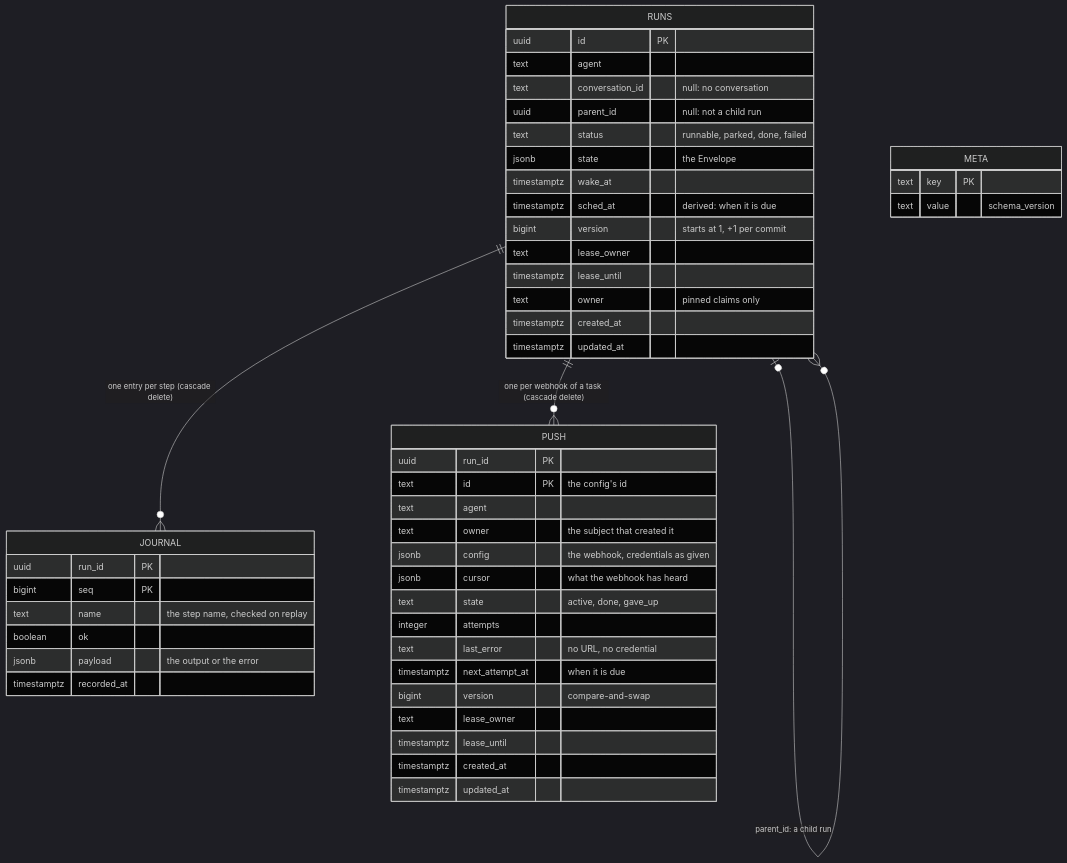
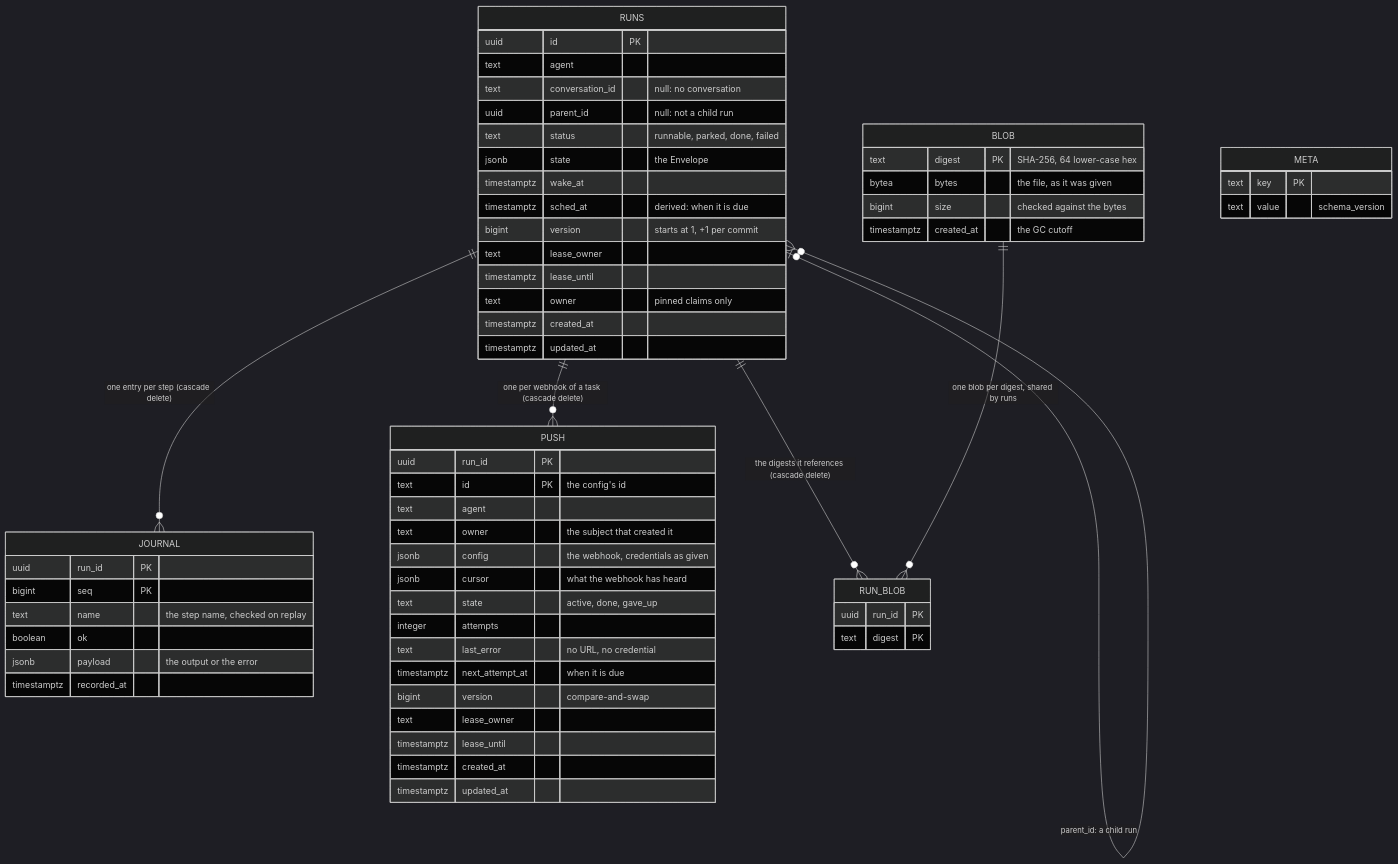
Before and after one commit to vymalo/another-adam-rs: diagram 16 of 26 in docs/architecture.md, drawn with Mermaid (dark theme). The commit also changed other lines of this file and 24 other files, not shown here.

First line of the commit message:
feat(store): file bytes out of the run (schema v5, part 1)

````diff
--- a/docs/architecture.md
+++ b/docs/architecture.md
@@ -900,51 +902,63 @@
 ```mermaid
 erDiagram
     RUNS ||--o{ JOURNAL : "one entry per step (cascade delete)"
     RUNS ||--o{ PUSH : "one per webhook of a task (cascade delete)"
+    RUNS ||--o{ RUN_BLOB : "the digests it references (cascade delete)"
+    BLOB ||--o{ RUN_BLOB : "one blob per digest, shared by runs"
     RUNS |o--o{ RUNS : "parent_id: a child run"
     RUNS {
         uuid id PK
         text agent
         text conversation_id "null: no conversation"
         uuid parent_id "null: not a child run"
         text status "runnable, parked, done, failed"
         jsonb state "the Envelope"
         timestamptz wake_at
         timestamptz sched_at "derived: when it is due"
         bigint version "starts at 1, +1 per commit"
         text lease_owner
         timestamptz lease_until
         text owner "pinned claims only"
         timestamptz created_at
         timestamptz updated_at
     }
     JOURNAL {
         uuid run_id PK
         bigint seq PK
         text name "the step name, checked on replay"
         boolean ok
         jsonb payload "the output or the error"
         timestamptz recorded_at
     }
     PUSH {
         uuid run_id PK
         text id PK "the config's id"
         text agent
         text owner "the subject that created it"
         jsonb config "the webhook, credentials as given"
         jsonb cursor "what the webhook has heard"
         text state "active, done, gave_up"
         integer attempts
         text last_error "no URL, no credential"
         timestamptz next_attempt_at "when it is due"
         bigint version "compare-and-swap"
         text lease_owner
         timestamptz lease_until
         timestamptz created_at
         timestamptz updated_at
     }
+    BLOB {
+        text digest PK "SHA-256, 64 lower-case hex"
+        bytea bytes "the file, as it was given"
+        bigint size "checked against the bytes"
+        timestamptz created_at "the GC cutoff"
+    }
+    RUN_BLOB {
+        uuid run_id PK
+        text digest PK
+    }
     META {
         text key PK
         text value "schema_version"
     }
 ```
````
